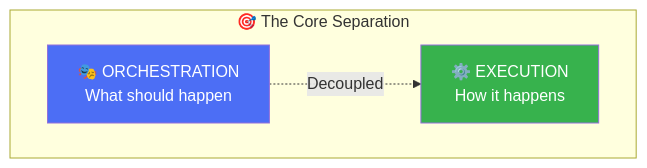
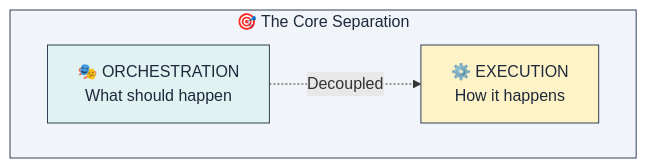
One commit to lploc94/flutter_orchestrator changed the first of 11 diagrams in book/chapters/02_architecture_concepts.md. Above: the diagram before and after it, drawn with Mermaid. The commit also changed other lines of this file and 3 other files, not shown here.

````diff
--- a/book/chapters/02_architecture_concepts.md
+++ b/book/chapters/02_architecture_concepts.md
@@ -15,13 +15,14 @@
 ```mermaid
 graph TB
     subgraph Separation["🎯 The Core Separation"]
         direction LR
         Orchestration["🎭 ORCHESTRATION<br/>What should happen"]
         Execution["⚙️ EXECUTION<br/>How it happens"]
     end
     
     Orchestration -.->|"Decoupled"| Execution
     
-    style Orchestration fill:#4c6ef5,color:#fff
-    style Execution fill:#37b24d,color:#fff
+    style Separation fill:#f1f5f9,stroke:#334155,color:#1e293b
+    style Orchestration fill:#e0f2f1,stroke:#334155,color:#1e293b
+    style Execution fill:#fef3c7,stroke:#334155,color:#1e293b
 ```
````
